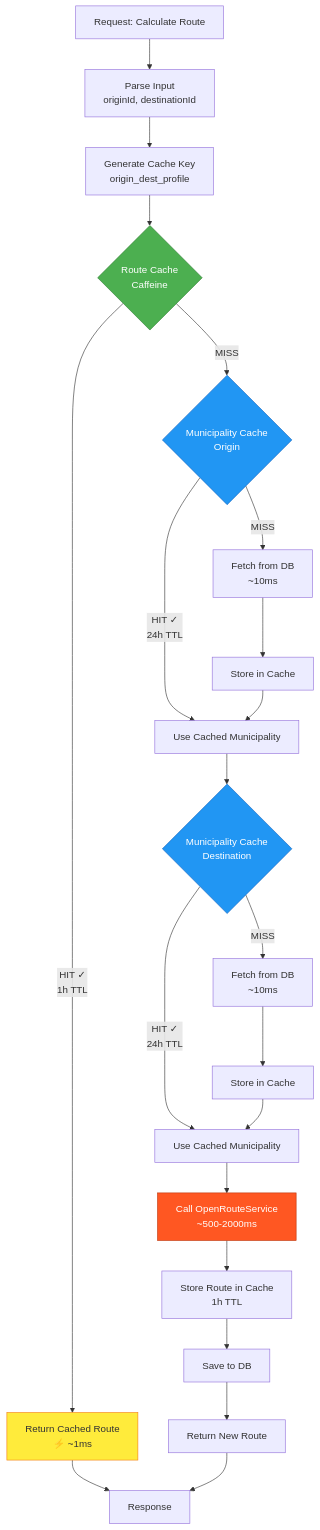
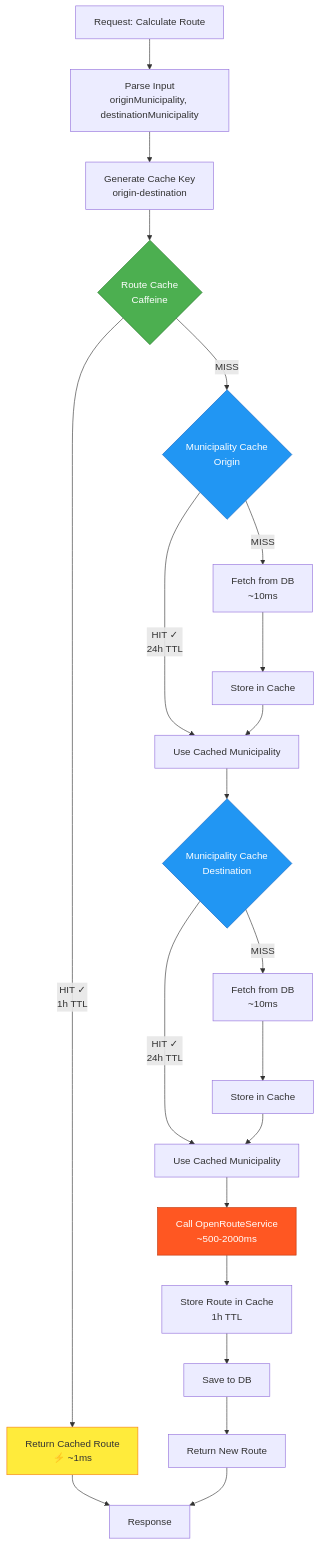
One commit to BusConnectTeam/busConnect-backend changed the second of 8 diagrams in catalog-service/ARCHITECTURE.md. Above: the diagram before and after it, drawn with Mermaid. The commit also changed other lines of this file, not shown here.

Commit message:
update catalog-service/architecture

````diff
--- a/catalog-service/ARCHITECTURE.md
+++ b/catalog-service/ARCHITECTURE.md
@@ -58,39 +57,39 @@
 ```mermaid
 flowchart TB
-    Request[Request: Calculate Route] --> ParseInput[Parse Input<br/>originId, destinationId]
+    Request[Request: Calculate Route] --> ParseInput[Parse Input<br/>originMunicipality, destinationMunicipality]
     
-    ParseInput --> CacheKey[Generate Cache Key<br/>origin_dest_profile]
+    ParseInput --> CacheKey[Generate Cache Key<br/>origin-destination]
     
     CacheKey --> RouteCache{Route Cache<br/>Caffeine}
     
     RouteCache -->|HIT ✓<br/>1h TTL| ReturnCached[Return Cached Route<br/>⚡ ~1ms]
     
     RouteCache -->|MISS| MuniCache1{Municipality Cache<br/>Origin}
     
     MuniCache1 -->|HIT ✓<br/>24h TTL| UseCached1[Use Cached Municipality]
     MuniCache1 -->|MISS| FetchDB1[Fetch from DB<br/>~10ms]
     FetchDB1 --> StoreCache1[Store in Cache]
     StoreCache1 --> UseCached1
     
     UseCached1 --> MuniCache2{Municipality Cache<br/>Destination}
     
     MuniCache2 -->|HIT ✓<br/>24h TTL| UseCached2[Use Cached Municipality]
     MuniCache2 -->|MISS| FetchDB2[Fetch from DB<br/>~10ms]
     FetchDB2 --> StoreCache2[Store in Cache]
     StoreCache2 --> UseCached2
     
     UseCached2 --> CallORS[Call OpenRouteService<br/>~500-2000ms]
     
     CallORS --> StoreRoute[Store Route in Cache<br/>1h TTL]
     StoreRoute --> SaveDB[Save to DB]
     SaveDB --> ReturnNew[Return New Route]
     
     ReturnCached --> End[Response]
     ReturnNew --> End
     
     style RouteCache fill:#4CAF50,stroke:#2E7D32,color:#fff
     style MuniCache1 fill:#2196F3,stroke:#1565C0,color:#fff
     style MuniCache2 fill:#2196F3,stroke:#1565C0,color:#fff
     style ReturnCached fill:#FFEB3B,stroke:#F57F17
     style CallORS fill:#FF5722,stroke:#BF360C,color:#fff
 ```
````
